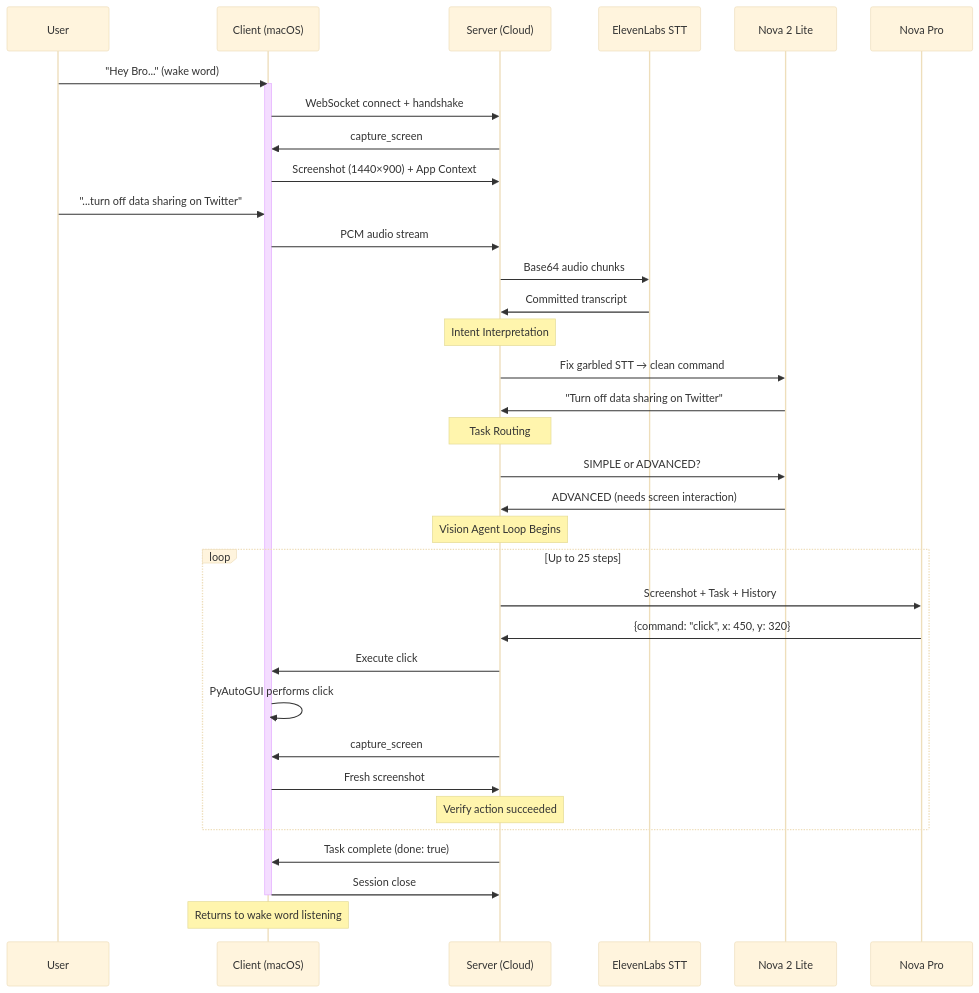
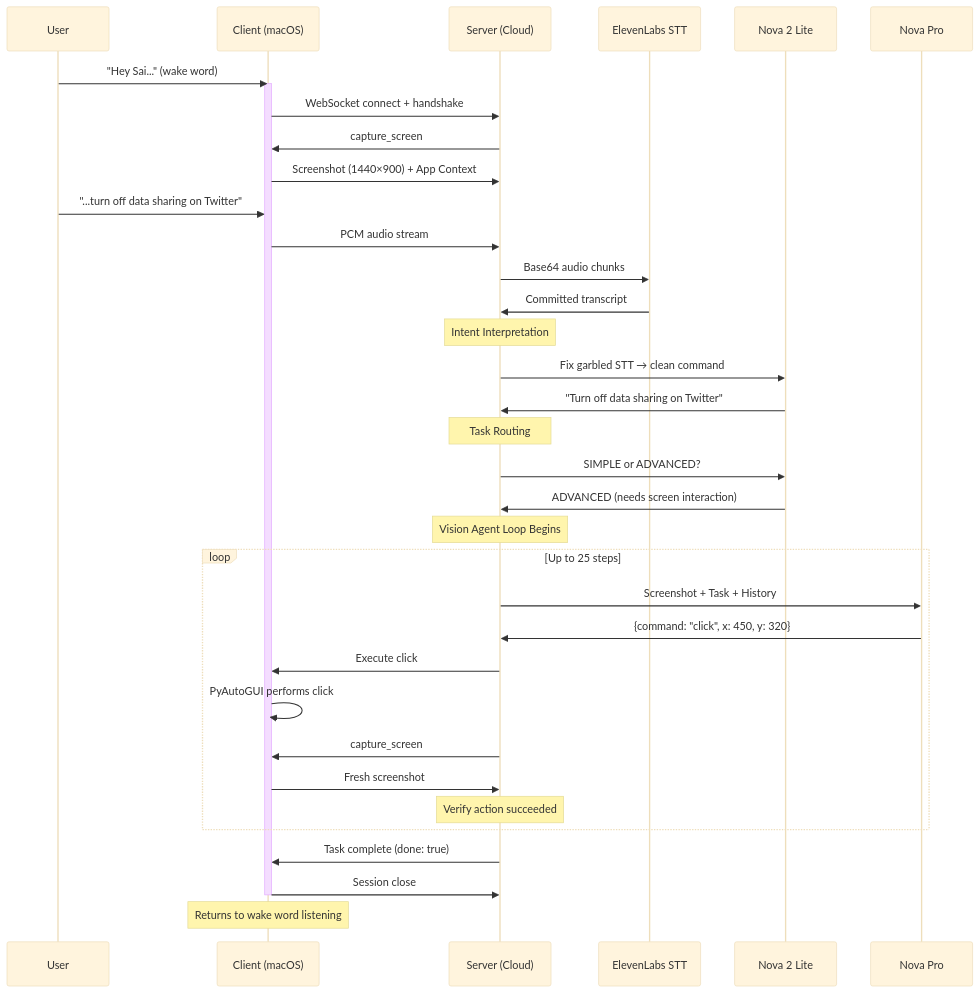
The second of 3 diagrams in README.md (amitchauhanai/Sai), drawn with Mermaid (base theme) before and after one commit. The commit also changed other lines of this file and 9 other files, not shown here.

Commit message:
Rename project and environment variables from Bro to Sai

````diff
--- a/README.md
+++ b/README.md
@@ -81,44 +81,44 @@
 ```mermaid
 sequenceDiagram
     participant U as User
     participant C as Client (macOS)
     participant S as Server (Cloud)
     participant E as ElevenLabs STT
     participant NL as Nova 2 Lite
     participant NP as Nova Pro
 
-    U->>C: "Hey Bro..." (wake word)
+    U->>C: "Hey Sai..." (wake word)
     activate C
     C->>S: WebSocket connect + handshake
     S->>C: capture_screen
     C->>S: Screenshot (1440×900) + App Context
 
     U->>C: "...turn off data sharing on Twitter"
     C->>S: PCM audio stream
     S->>E: Base64 audio chunks
     E->>S: Committed transcript
 
     Note over S: Intent Interpretation
     S->>NL: Fix garbled STT → clean command
     NL->>S: "Turn off data sharing on Twitter"
 
     Note over S: Task Routing
     S->>NL: SIMPLE or ADVANCED?
     NL->>S: ADVANCED (needs screen interaction)
 
     Note over S: Vision Agent Loop Begins
     loop Up to 25 steps
         S->>NP: Screenshot + Task + History
         NP->>S: {command: "click", x: 450, y: 320}
         S->>C: Execute click
         C->>C: PyAutoGUI performs click
         S->>C: capture_screen
         C->>S: Fresh screenshot
         Note over S: Verify action succeeded
     end
 
     S->>C: Task complete (done: true)
     C->>S: Session close
     deactivate C
     Note over C: Returns to wake word listening
 ```
````
